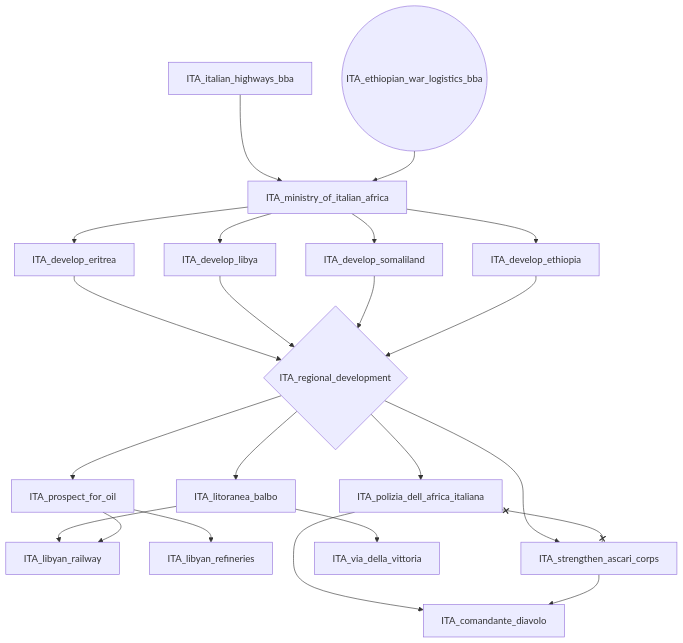
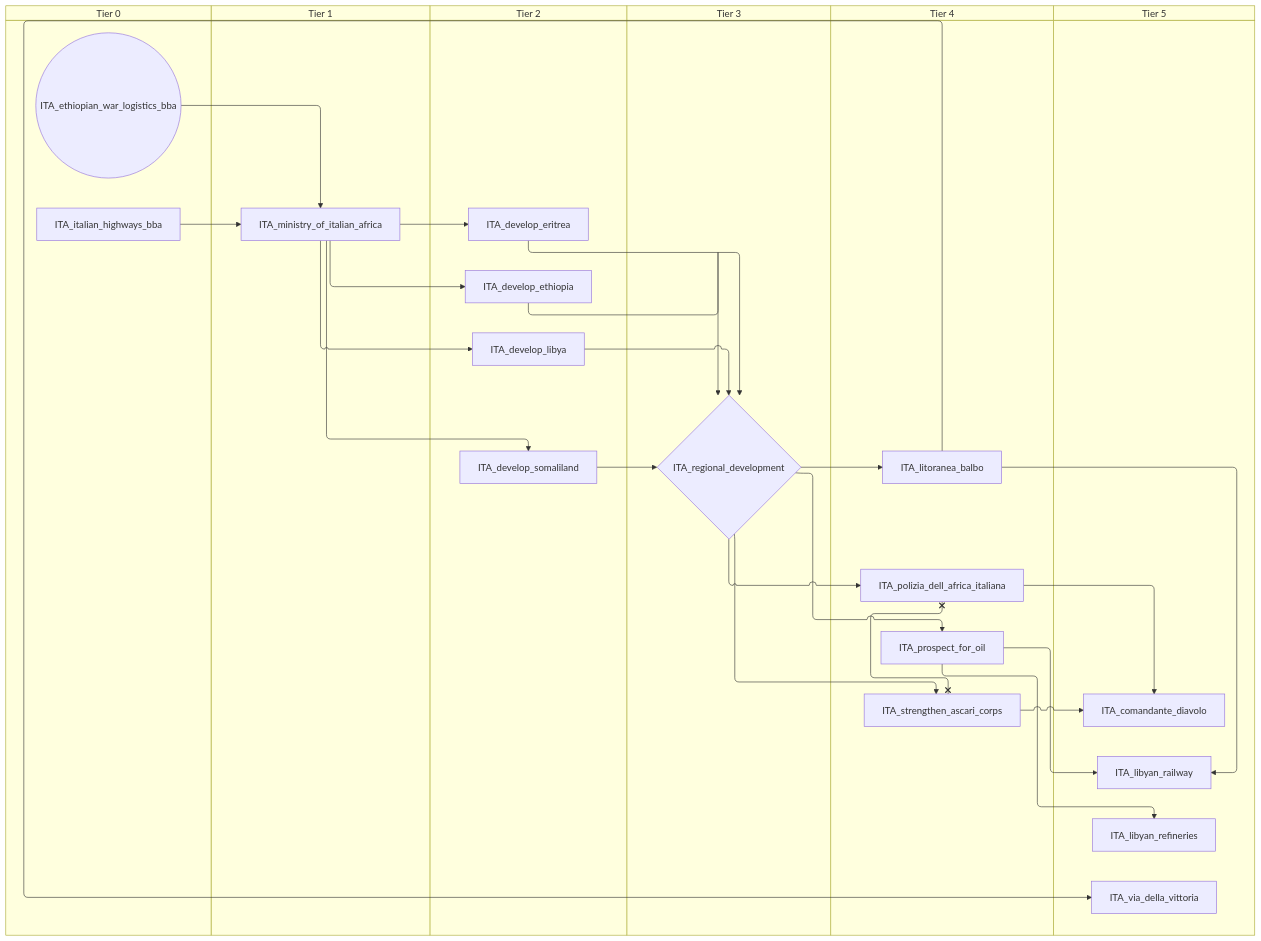
Before and after one commit to evgeny-sobol/hoi4-sandbox-mode: the third of 10 diagrams in docs/gdd/National Focuses/italy.md, drawn with Mermaid. The commit also changed other lines of this file and 80 other files, not shown here.

First line of the commit message:
Add swimlane mode to focus graph exporter

````diff
--- a/docs/gdd/National Focuses/italy.md
+++ b/docs/gdd/National Focuses/italy.md
@@ -99,40 +123,52 @@
 ```mermaid
-flowchart TD
-    n36["ITA_comandante_diavolo"]
-    n37["ITA_develop_eritrea"]
-    n38["ITA_develop_ethiopia"]
-    n39["ITA_develop_libya"]
-    n40["ITA_develop_somaliland"]
-    n41(("ITA_ethiopian_war_logistics_bba"))
-    n42["ITA_italian_highways_bba"]
-    n43["ITA_libyan_railway"]
-    n44["ITA_libyan_refineries"]
-    n45["ITA_litoranea_balbo"]
-    n46["ITA_ministry_of_italian_africa"]
-    n47["ITA_polizia_dell_africa_italiana"]
-    n48["ITA_prospect_for_oil"]
-    n49{"ITA_regional_development"}
-    n50["ITA_strengthen_ascari_corps"]
-    n51["ITA_via_della_vittoria"]
-    n47 --> n36
-    n50 --> n36
-    n46 --> n37
-    n46 --> n38
-    n46 --> n39
-    n46 --> n40
-    n45 --> n43
-    n48 --> n43
-    n48 --> n44
-    n49 --> n45
-    n42 --> n46
-    n41 --> n46
-    n49 --> n47
-    n49 --> n48
-    n37 --> n49
-    n39 --> n49
-    n40 --> n49
-    n38 --> n49
-    n49 --> n50
-    n45 --> n51
-    n47 x--x n50
+swimlane-beta TD
+    subgraph tier_0["Tier 0"]
+        n36(("ITA_ethiopian_war_logistics_bba"))
+        n37["ITA_italian_highways_bba"]
+    end
+    subgraph tier_1["Tier 1"]
+        n38["ITA_ministry_of_italian_africa"]
+    end
+    subgraph tier_2["Tier 2"]
+        n39["ITA_develop_eritrea"]
+        n40["ITA_develop_ethiopia"]
+        n41["ITA_develop_libya"]
+        n42["ITA_develop_somaliland"]
+    end
+    subgraph tier_3["Tier 3"]
+        n43{"ITA_regional_development"}
+    end
+    subgraph tier_4["Tier 4"]
+        n44["ITA_litoranea_balbo"]
+        n45["ITA_polizia_dell_africa_italiana"]
+        n46["ITA_prospect_for_oil"]
+        n47["ITA_strengthen_ascari_corps"]
+    end
+    subgraph tier_5["Tier 5"]
+        n48["ITA_comandante_diavolo"]
+        n49["ITA_libyan_railway"]
+        n50["ITA_libyan_refineries"]
+        n51["ITA_via_della_vittoria"]
+    end
+    n45 --> n48
+    n47 --> n48
+    n38 --> n39
+    n38 --> n40
+    n38 --> n41
+    n38 --> n42
+    n44 --> n49
+    n46 --> n49
+    n46 --> n50
+    n43 --> n44
+    n37 --> n38
+    n36 --> n38
+    n43 --> n45
+    n43 --> n46
+    n39 --> n43
+    n41 --> n43
+    n42 --> n43
+    n40 --> n43
+    n43 --> n47
+    n44 --> n51
+    n45 x--x n47
 ```
````
